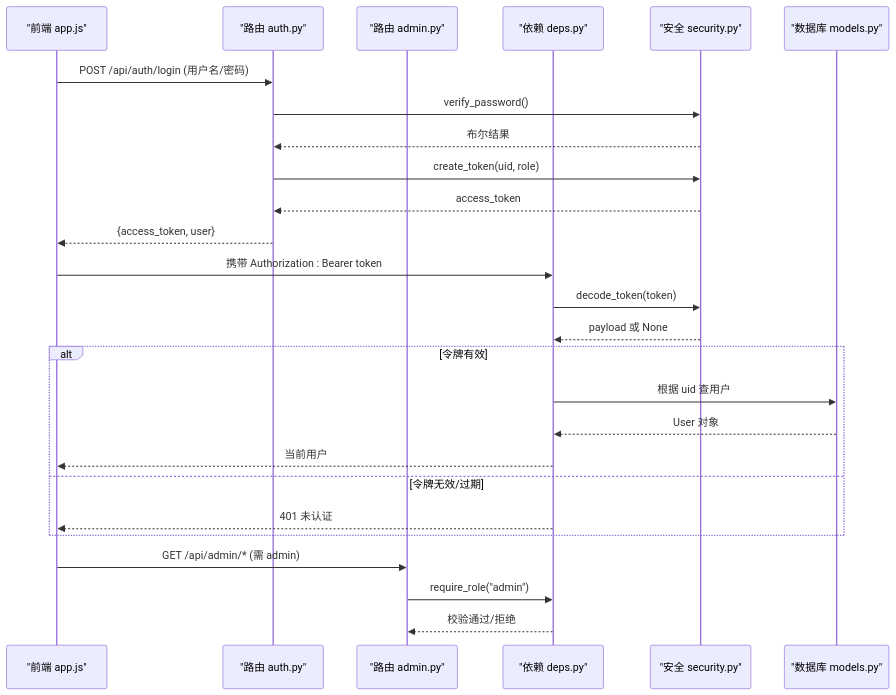
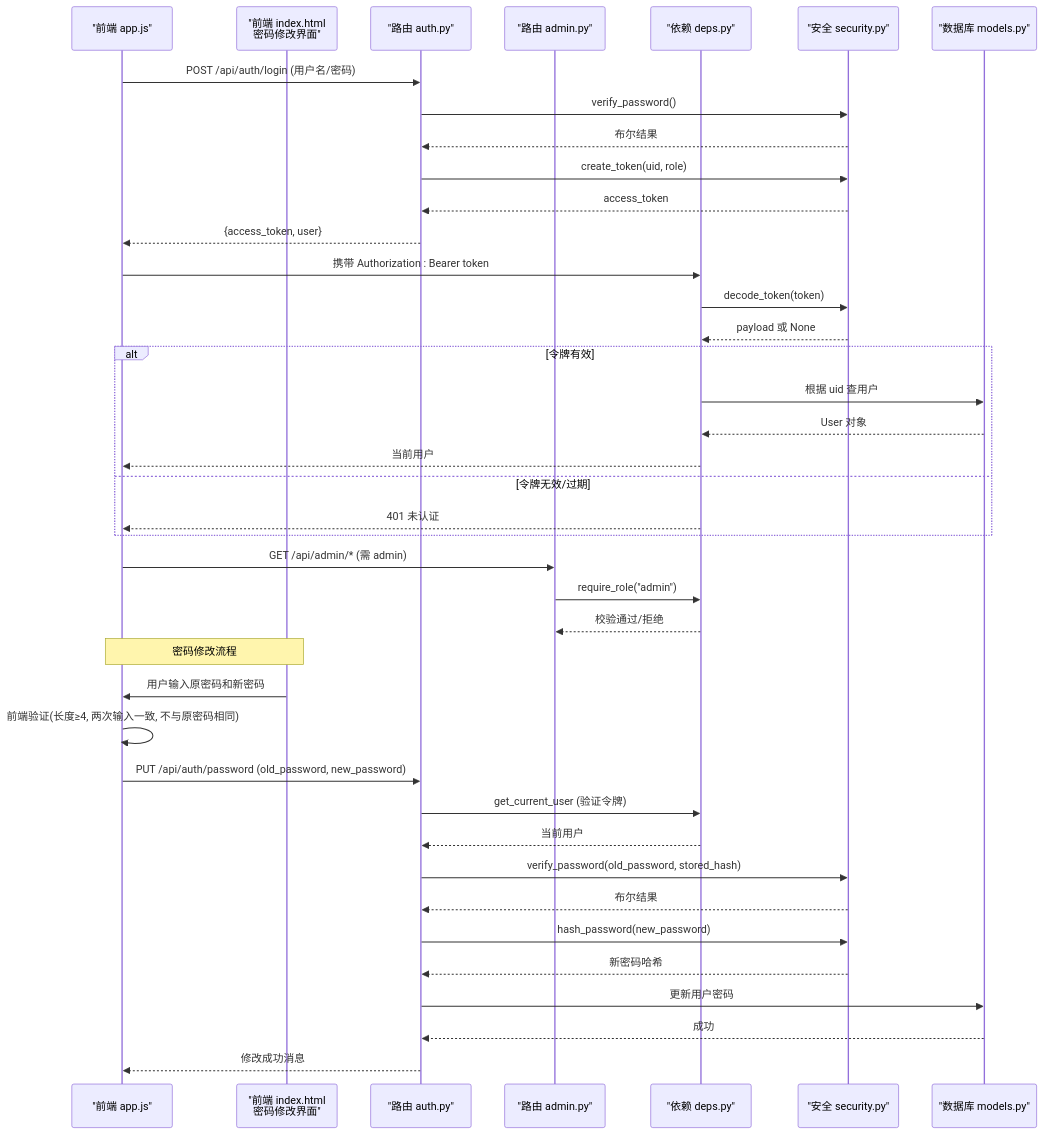
One commit to onebody/homework changed the second of 7 diagrams in .qoder/repowiki/zh/content/暑假作业打卡系统/后端服务架构/安全认证机制.md. Above: the diagram before and after it, drawn with Mermaid. The commit also changed other lines of this file and 20 other files, not shown here.

````diff
--- a/.qoder/repowiki/zh/content/暑假作业打卡系统/后端服务架构/安全认证机制.md
+++ b/.qoder/repowiki/zh/content/暑假作业打卡系统/后端服务架构/安全认证机制.md
@@ -113,28 +124,42 @@
 ```mermaid
 sequenceDiagram
 participant FE as "前端 app.js"
+participant HTML as "前端 index.html<br/>密码修改界面"
 participant Auth as "路由 auth.py"
 participant Admin as "路由 admin.py"
 participant Deps as "依赖 deps.py"
 participant Sec as "安全 security.py"
 participant DB as "数据库 models.py"
 FE->>Auth : POST /api/auth/login (用户名/密码)
 Auth->>Sec : verify_password()
 Sec-->>Auth : 布尔结果
 Auth->>Sec : create_token(uid, role)
 Sec-->>Auth : access_token
 Auth-->>FE : {access_token, user}
 FE->>Deps : 携带 Authorization : Bearer token
 Deps->>Sec : decode_token(token)
 Sec-->>Deps : payload 或 None
 alt 令牌有效
 Deps->>DB : 根据 uid 查用户
 DB-->>Deps : User 对象
 Deps-->>FE : 当前用户
 else 令牌无效/过期
 Deps-->>FE : 401 未认证
 end
 FE->>Admin : GET /api/admin/* (需 admin)
 Admin->>Deps : require_role("admin")
 Deps-->>Admin : 校验通过/拒绝
+Note over FE,HTML : 密码修改流程
+HTML->>FE : 用户输入原密码和新密码
+FE->>FE : 前端验证(长度≥4, 两次输入一致, 不与原密码相同)
+FE->>Auth : PUT /api/auth/password (old_password, new_password)
+Auth->>Deps : get_current_user (验证令牌)
+Deps-->>Auth : 当前用户
+Auth->>Sec : verify_password(old_password, stored_hash)
+Sec-->>Auth : 布尔结果
+Auth->>Sec : hash_password(new_password)
+Sec-->>Auth : 新密码哈希
+Auth->>DB : 更新用户密码
+DB-->>Auth : 成功
+Auth-->>FE : 修改成功消息
 ```
````
